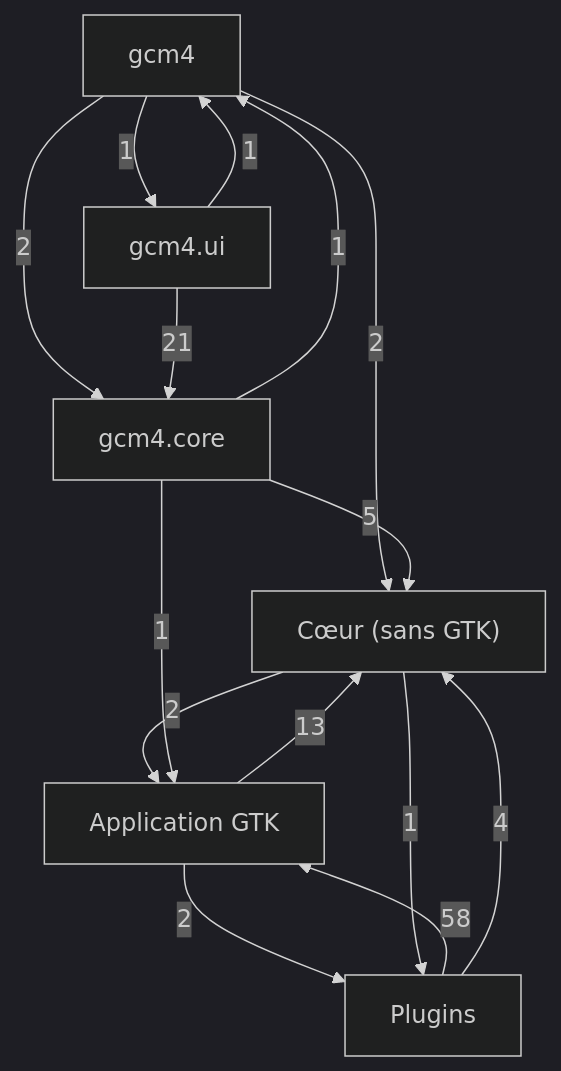
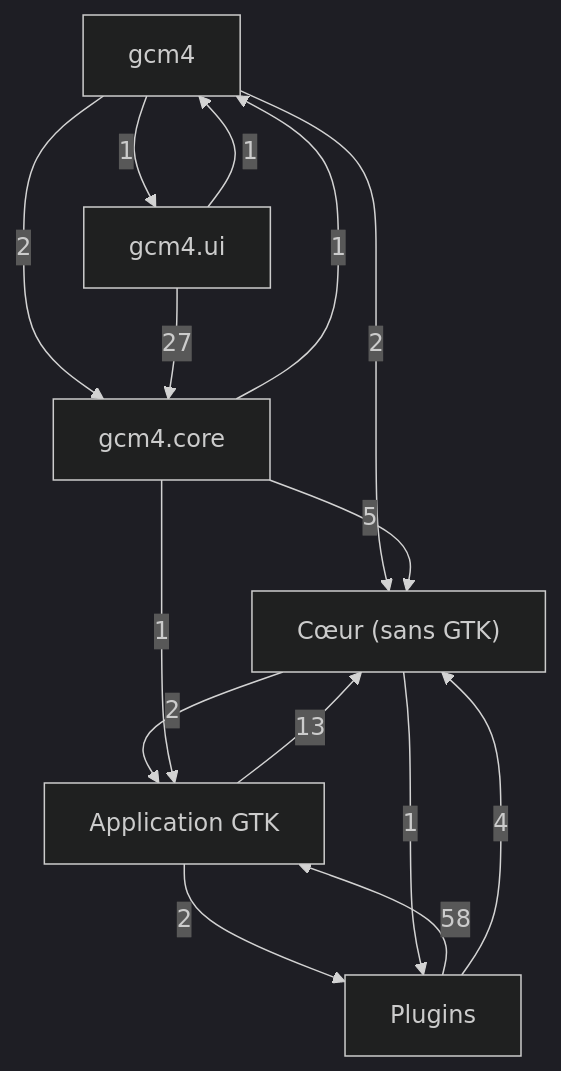
Before and after one commit to Mathide-Team/Gcm4: the first of 7 diagrams in docs/class-diagram.md, drawn with Mermaid (dark theme). The commit also changed other lines of this file and 67 other files, not shown here.

````diff
--- a/docs/class-diagram.md
+++ b/docs/class-diagram.md
@@ -21,23 +21,23 @@
 ```mermaid
 flowchart TD
     g0["Cœur (sans GTK)"]
     g1["Application GTK"]
     g2["Plugins"]
     g3["gcm4"]
     g4["gcm4.core"]
     g5["gcm4.ui"]
     g1 -->|13| g0
     g1 -->|2| g2
     g0 -->|2| g1
     g0 -->|1| g2
     g2 -->|58| g1
     g2 -->|4| g0
     g3 -->|2| g0
     g3 -->|2| g4
     g3 -->|1| g5
     g4 -->|1| g1
     g4 -->|5| g0
     g4 -->|1| g3
     g5 -->|1| g3
-    g5 -->|21| g4
+    g5 -->|27| g4
 ```
````
